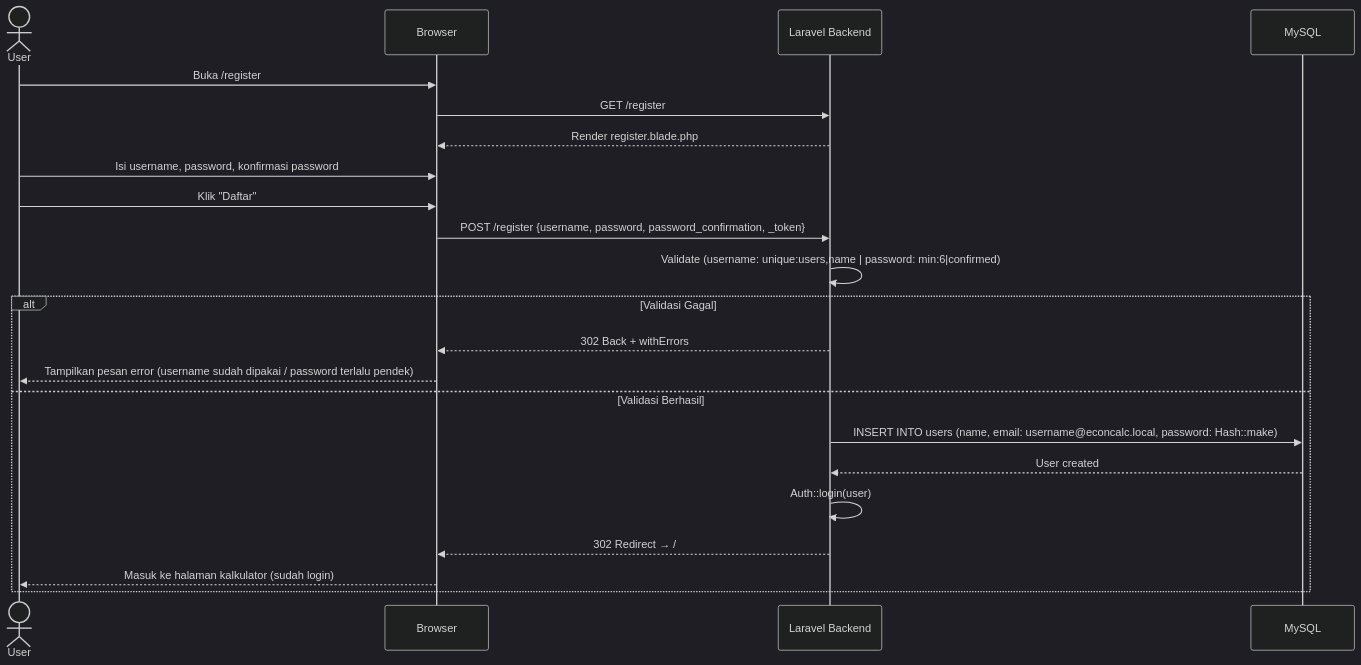
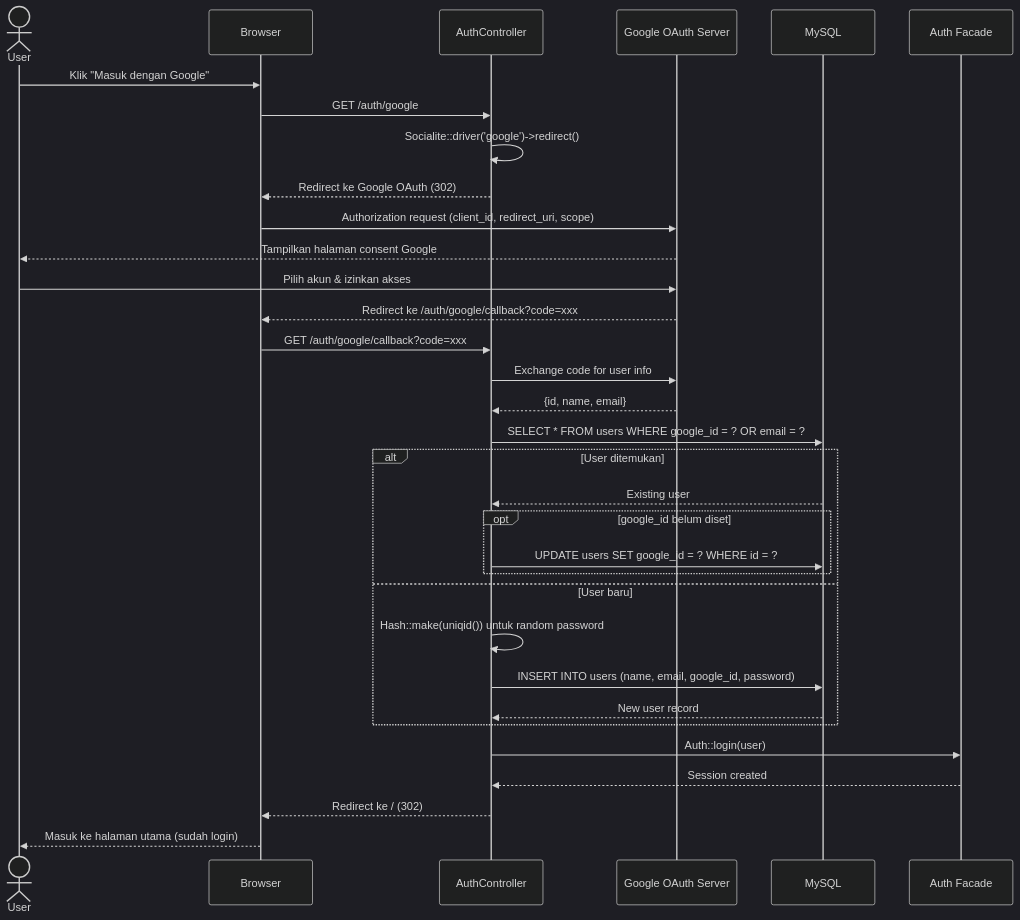
One commit to falcon-ioi/Caclcon changed the eighth of 11 diagrams in e-concalc-web/README.md. Above: the diagram before and after it, drawn with Mermaid (dark theme). The commit also changed other lines of this file, not shown here.

Commit message:
docs: expand sequence diagrams with detailed flows (login, register, Google OAuth, calculator sync, currency converter)

````diff
--- a/e-concalc-web/README.md
+++ b/e-concalc-web/README.md
@@ -302,28 +306,37 @@
 ```mermaid
 sequenceDiagram
     actor User
     participant Browser
-    participant Laravel as Laravel Backend
+    participant Laravel as AuthController
+    participant Google as Google OAuth Server
     participant DB as MySQL
+    participant Auth as Auth Facade
 
-    User->>Browser: Buka /register
-    Browser->>Laravel: GET /register
-    Laravel-->>Browser: Render register.blade.php
+    User->>Browser: Klik "Masuk dengan Google"
+    Browser->>Laravel: GET /auth/google
+    Laravel->>Laravel: Socialite::driver('google')->redirect()
+    Laravel-->>Browser: Redirect ke Google OAuth (302)
+    Browser->>Google: Authorization request (client_id, redirect_uri, scope)
+    Google-->>User: Tampilkan halaman consent Google
+    User->>Google: Pilih akun & izinkan akses
+    Google-->>Browser: Redirect ke /auth/google/callback?code=xxx
+    Browser->>Laravel: GET /auth/google/callback?code=xxx
+    Laravel->>Google: Exchange code for user info
+    Google-->>Laravel: {id, name, email}
 
-    User->>Browser: Isi username, password, konfirmasi password
-    User->>Browser: Klik "Daftar"
-    Browser->>Laravel: POST /register {username, password, password_confirmation, _token}
-
-    Laravel->>Laravel: Validate (username: unique:users,name | password: min:6|confirmed)
-
-    alt Validasi Gagal
-        Laravel-->>Browser: 302 Back + withErrors
-        Browser-->>User: Tampilkan pesan error (username sudah dipakai / password terlalu pendek)
-    else Validasi Berhasil
-        Laravel->>DB: INSERT INTO users (name, email: username@econcalc.local, password: Hash::make)
-        DB-->>Laravel: User created
-        Laravel->>Laravel: Auth::login(user)
-        Laravel-->>Browser: 302 Redirect → /
-        Browser-->>User: Masuk ke halaman kalkulator (sudah login)
+    Laravel->>DB: SELECT * FROM users WHERE google_id = ? OR email = ?
+    alt User ditemukan
+        DB-->>Laravel: Existing user
+        opt google_id belum diset
+            Laravel->>DB: UPDATE users SET google_id = ? WHERE id = ?
+        end
+    else User baru
+        Laravel->>Laravel: Hash::make(uniqid()) untuk random password
+        Laravel->>DB: INSERT INTO users (name, email, google_id, password)
+        DB-->>Laravel: New user record
     end
+    Laravel->>Auth: Auth::login(user)
+    Auth-->>Laravel: Session created
+    Laravel-->>Browser: Redirect ke / (302)
+    Browser-->>User: Masuk ke halaman utama (sudah login)
 ```
````
